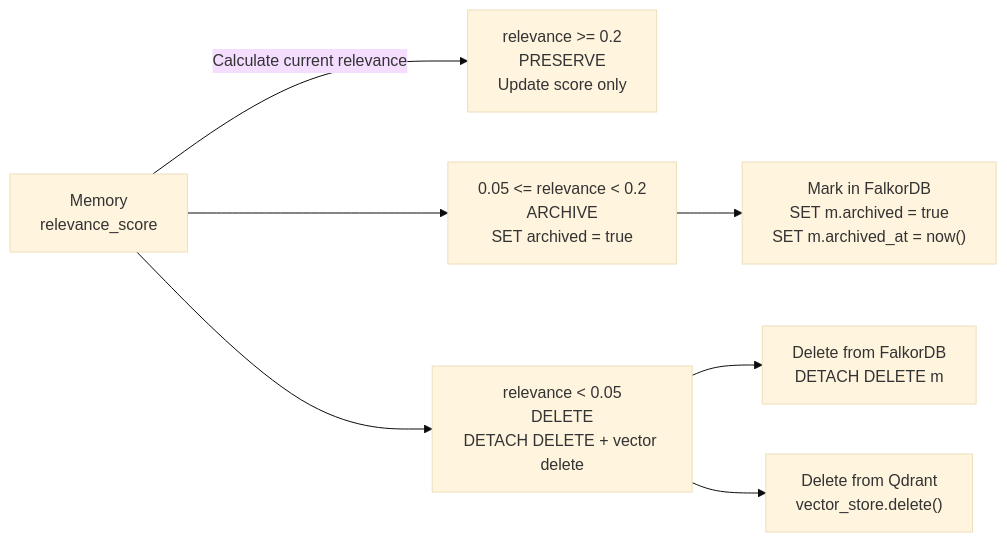
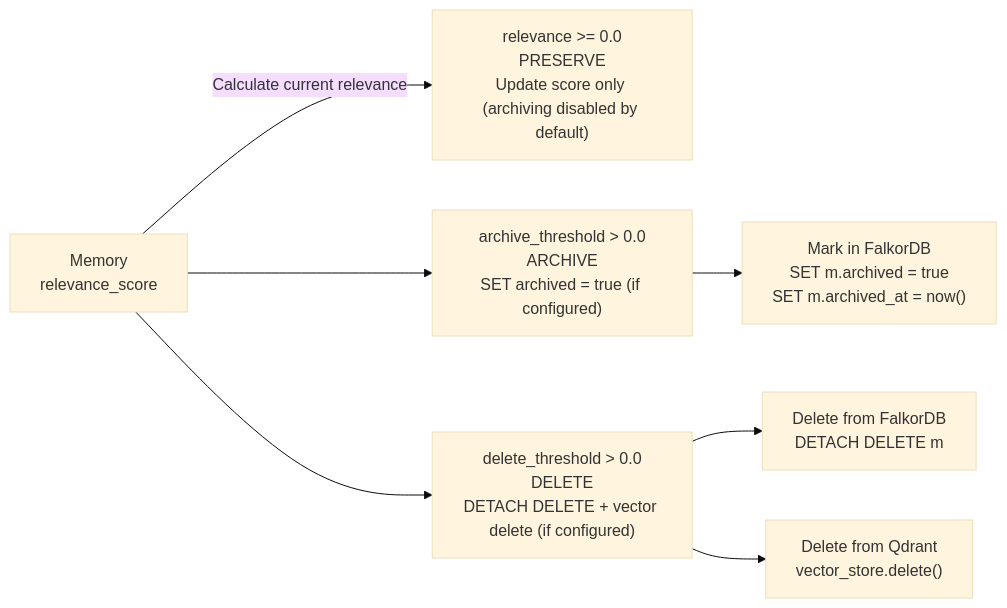
The fifth of 5 diagrams in src/content/docs/docs/core-concepts/consolidation.md (verygoodplugins/automem-website), drawn with Mermaid (base theme) before and after one commit. The commit also changed other lines of this file and 48 other files, not shown here.

````diff
--- a/src/content/docs/docs/core-concepts/consolidation.md
+++ b/src/content/docs/docs/core-concepts/consolidation.md
@@ -303,16 +302,16 @@
 ```mermaid
 graph LR
     Memory["Memory<br/>relevance_score"]
 
-    High["relevance >= 0.2<br/>PRESERVE<br/>Update score only"]
-    Archive["0.05 <= relevance < 0.2<br/>ARCHIVE<br/>SET archived = true"]
-    Delete["relevance < 0.05<br/>DELETE<br/>DETACH DELETE + vector delete"]
+    High["relevance >= 0.0<br/>PRESERVE<br/>Update score only (archiving disabled by default)"]
+    Archive["archive_threshold > 0.0<br/>ARCHIVE<br/>SET archived = true (if configured)"]
+    Delete["delete_threshold > 0.0<br/>DELETE<br/>DETACH DELETE + vector delete (if configured)"]
 
     Memory -->|"Calculate current relevance"| High
     Memory --> Archive
     Memory --> Delete
 
     Archive --> Graph["Mark in FalkorDB<br/>SET m.archived = true<br/>SET m.archived_at = now()"]
     Delete --> GraphDel["Delete from FalkorDB<br/>DETACH DELETE m"]
     Delete --> VectorDel["Delete from Qdrant<br/>vector_store.delete()"]
 ```
````
